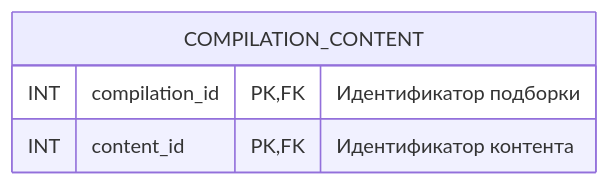
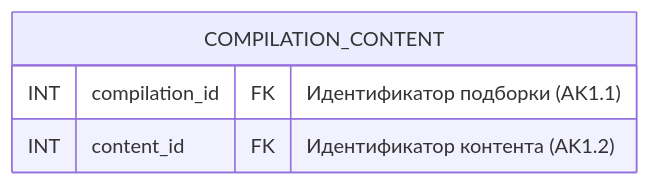
Before and after one commit to go-park-mail-ru/2024_1_Cyberkotletki: diagram 16 of 21 in db/normalized/relations.md, drawn with Mermaid. The commit also changed other lines of this file and 2 other files, not shown here.

````diff
--- a/db/normalized/relations.md
+++ b/db/normalized/relations.md
@@ -287,7 +417,7 @@
 ```mermaid
 erDiagram
     COMPILATION_CONTENT {
-        INT compilation_id PK, FK "Идентификатор подборки"
-        INT content_id PK, FK "Идентификатор контента"
+        INT compilation_id FK "Идентификатор подборки (AK1.1)"
+        INT content_id FK "Идентификатор контента (AK1.2)"
     }
 ```
````
